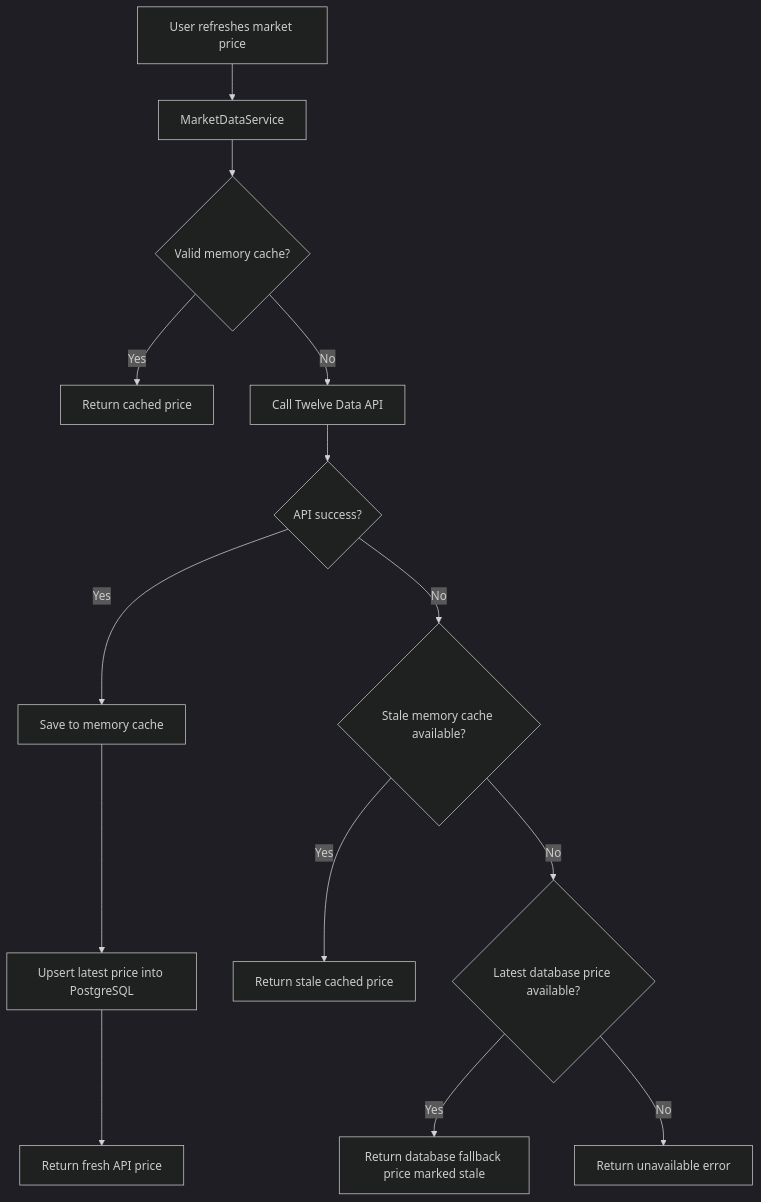
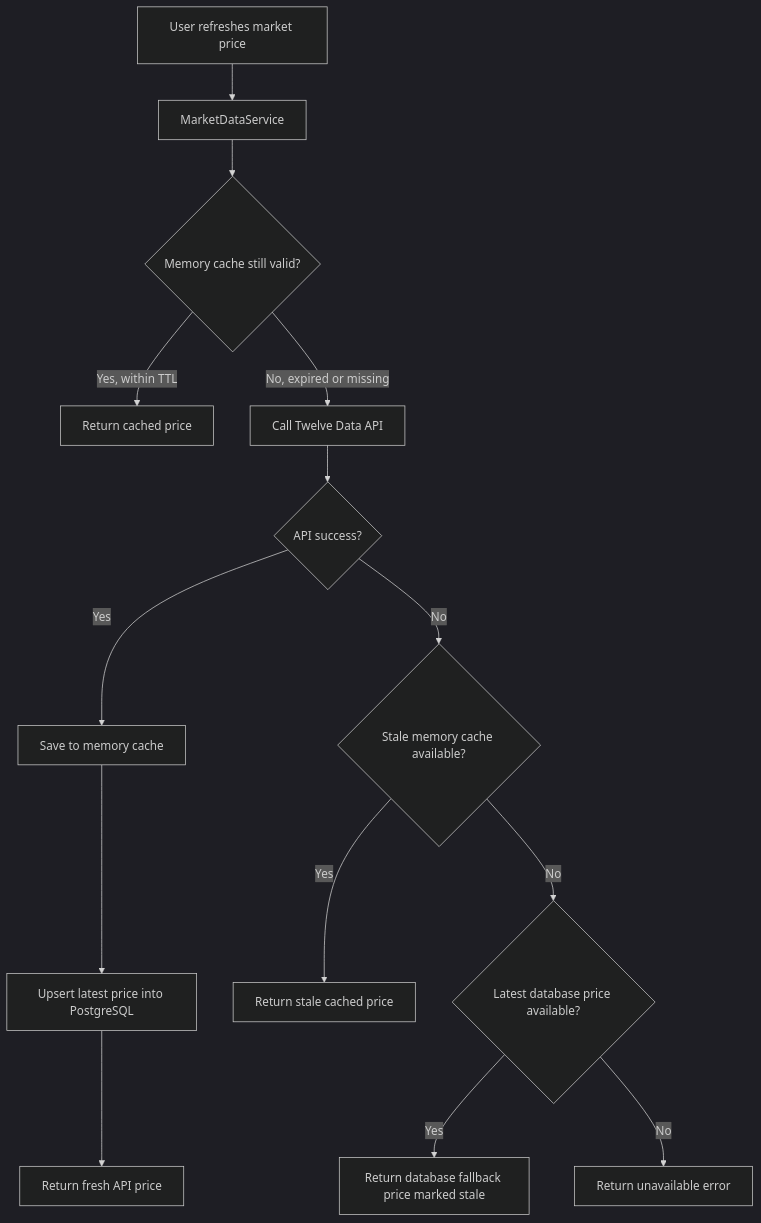
Before and after one commit to chawki-Y/trade-lifecycle-management-system: the diagram in README.md, drawn with Mermaid (dark theme).

Commit message:
Clarify cache expiry in market data flow

````diff
--- a/README.md
+++ b/README.md
@@ -425,16 +425,16 @@
 ```mermaid
 flowchart TD
     A["User refreshes market price"] --> B["MarketDataService"]
-    B --> C{"Valid memory cache?"}
-    C -- "Yes" --> D["Return cached price"]
-    C -- "No" --> E["Call Twelve Data API"]
+    B --> C{"Memory cache still valid?"}
+    C -- "Yes, within TTL" --> D["Return cached price"]
+    C -- "No, expired or missing" --> E["Call Twelve Data API"]
     E --> F{"API success?"}
     F -- "Yes" --> G["Save to memory cache"]
     G --> H["Upsert latest price into PostgreSQL"]
     H --> I["Return fresh API price"]
     F -- "No" --> J{"Stale memory cache available?"}
     J -- "Yes" --> K["Return stale cached price"]
     J -- "No" --> L{"Latest database price available?"}
     L -- "Yes" --> M["Return database fallback price marked stale"]
     L -- "No" --> N["Return unavailable error"]
 ```
````
